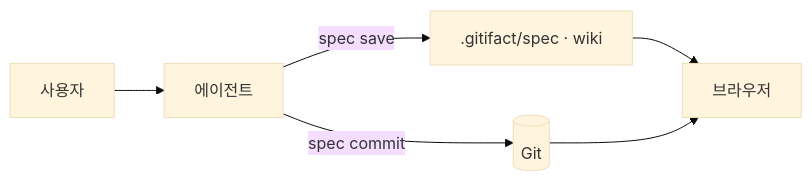
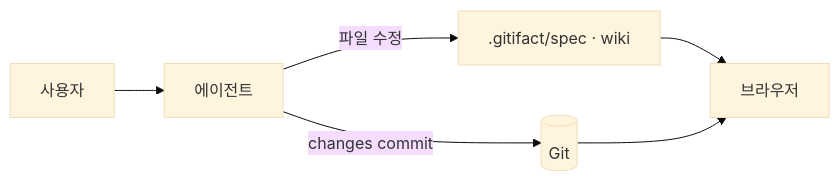
The first of 2 diagrams in .gitifact/wiki/rules/markdown-notation.md (dev-goraebap/gitifact), drawn with Mermaid (base theme) before and after one commit. The commit also changed other lines of this file and 11 other files, not shown here.

````diff
--- a/.gitifact/wiki/rules/markdown-notation.md
+++ b/.gitifact/wiki/rules/markdown-notation.md
@@ -25,8 +25,8 @@
 ```mermaid
 flowchart LR
   U[사용자] --> A[에이전트]
-  A -->|spec save| S[".gitifact/spec · wiki"]
-  A -->|spec commit| G[(Git)]
+  A -->|파일 수정| S[".gitifact/spec · wiki"]
+  A -->|changes commit| G[(Git)]
   S --> B[브라우저]
   G --> B
 ```
````
